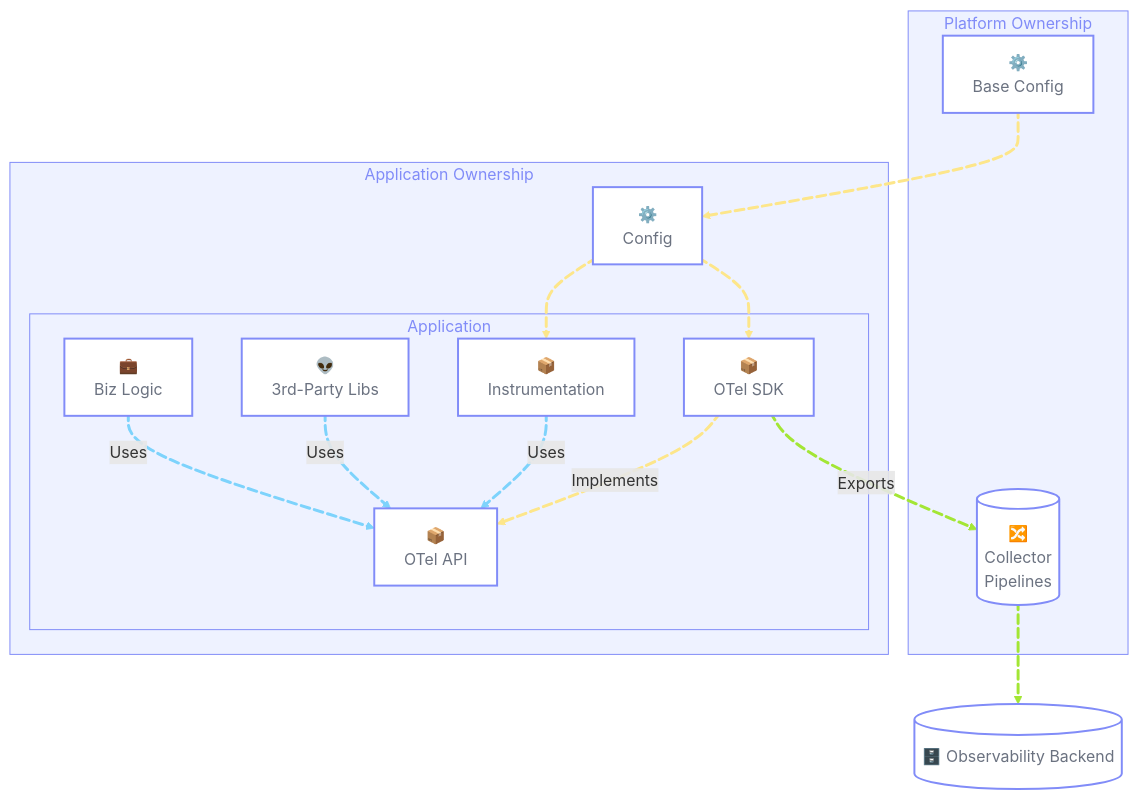
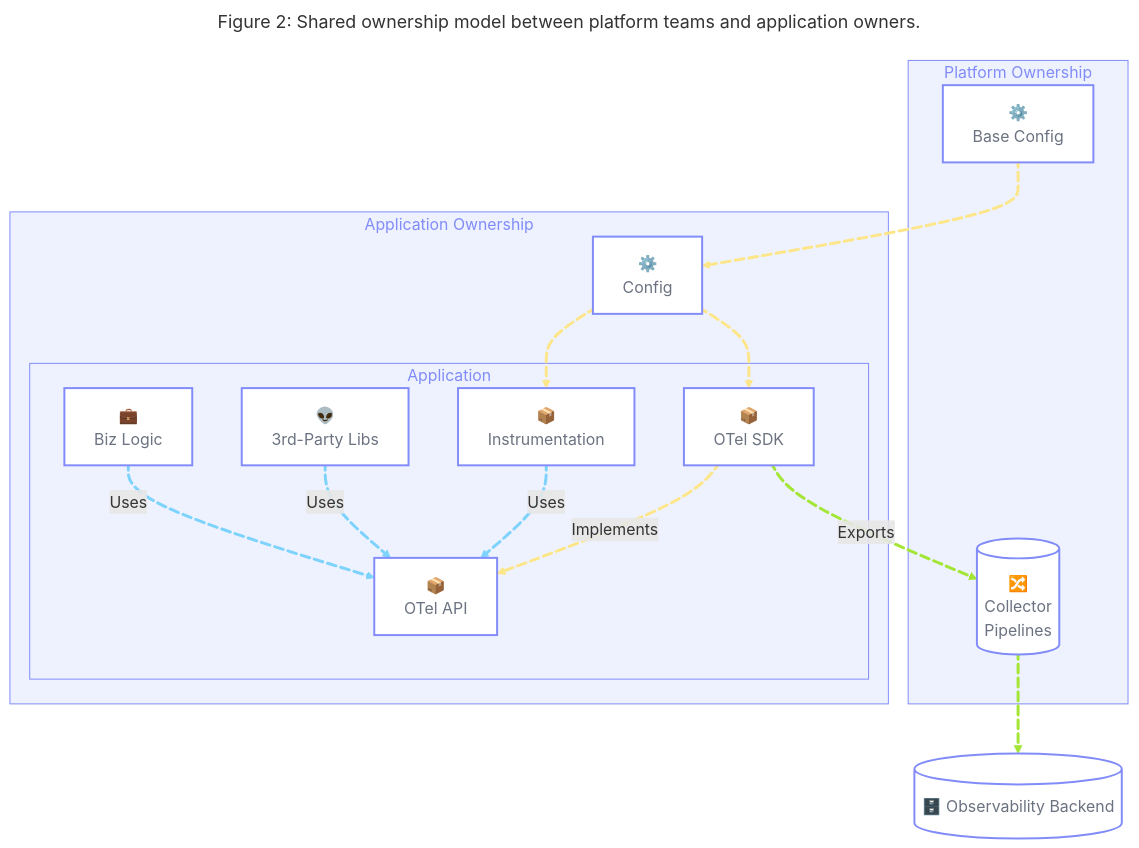
One commit to open-telemetry/opentelemetry.io changed the second of 4 diagrams in content/en/docs/guidance/blueprints/centralized-platforms.md. Above: the diagram before and after it, drawn with Mermaid. The commit also changed other lines of this file, not shown here.

Commit message:
Add titles to diagrams

````diff
--- a/content/en/docs/guidance/blueprints/centralized-platforms.md
+++ b/content/en/docs/guidance/blueprints/centralized-platforms.md
@@ -328,56 +329,57 @@
 ```mermaid
 ---
+title: "Figure 2: Shared ownership model between platform teams and application owners."
 config:
   flowchart:
     curve: basis
 ---
 flowchart TD
     subgraph User["Application Ownership"]
         Application["Application"]:::node
         Config["⚙️<br>Config"]:::node
     end
 
     subgraph Platform["Platform Ownership"]
         Collector[("🔀️<br>Collector<br>Pipelines")]:::node
         BaseConfig["⚙️<br>Base Config"]:::node
     end
 
     subgraph Application["Application"]
         AppCode["💼<br>Biz Logic"]:::node
         ThirdParty["👽<br>3rd-Party Libs"]:::node
         InstLibs["📦<br>Instrumentation"]:::node
         OTelSDK["📦<br>OTel SDK"]:::node
         OTelAPI["📦<br>OTel API"]:::node
     end
 
     Sink[("🗄️ Observability Backend")]:::node
 
     AppCode L_AppCode_API@-- Uses --> OTelAPI
     ThirdParty L_ThirdParty_API@-- Uses --> OTelAPI
     InstLibs L_InstLibs_API@-- Uses --> OTelAPI
     OTelSDK L_SDK_API@-. Implements .-> OTelAPI
 
     Config L_Config_InstLibs@-.-> InstLibs
     Config L_Config_SDK@-.-> OTelSDK
     OTelSDK L_SDK_Collector@-- Exports --> Collector
     Collector L_Collector_Sink@--> Sink
     BaseConfig L_BaseConfig_Config@-.-> Config
 
     classDef node fill:#ffffff, stroke:#818cf8, stroke-width:2px, color:#6b7280
     style User fill:#eef2ff, stroke:#818cf8, stroke-width:1px, color:#818cf8
     style Platform fill:#eef2ff, stroke:#818cf8, stroke-width:1px, color:#818cf8
     style Application fill:#eef2ff, stroke:#818cf8, stroke-width:1px, color:#818cf8
     linkStyle 0,1,2 stroke:#7dd3fc, fill:none, stroke-width:3px
     linkStyle 3,4,5,8 stroke:#fde68a, fill:none, stroke-width:3px
     linkStyle 6,7 stroke:#a3e635, fill:none, stroke-width:3px
 
     L_AppCode_API@{ animation: fast }
     L_ThirdParty_API@{ animation: fast }
     L_InstLibs_API@{ animation: fast }
     L_SDK_API@{ animation: slow }
     L_Config_InstLibs@{ animation: slow }
     L_Config_SDK@{ animation: slow }
     L_SDK_Collector@{ animation: fast }
     L_Collector_Sink@{ animation: fast }
     L_BaseConfig_Config@{ animation: slow }
 ```
````
